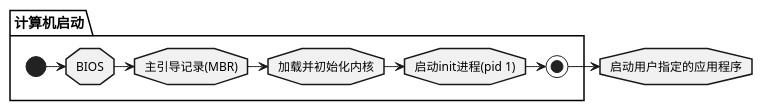
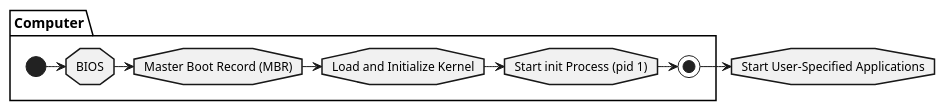
Before and after one commit to shabbywu/blog: the first of 2 diagrams in src/en/_posts/container/2021-04-01-How To Build Image-从 0 开始带你徒手构建 Docker 镜像.md, drawn with PlantUML. The commit also changed other lines of this file and 5 other files, not shown here.

````diff
--- a/src/en/_posts/container/2021-04-01-How To Build Image-从 0 开始带你徒手构建 Docker 镜像.md
+++ b/src/en/_posts/container/2021-04-01-How To Build Image-从 0 开始带你徒手构建 Docker 镜像.md
@@ -112,14 +116,13 @@
 ```plantuml
 @startuml
 skinparam activityShape octagon
-partition 计算机启动 {
+partition Computer Boot {
 (*) -> BIOS 
--> "主引导记录(MBR)"
--> 加载并初始化内核
--> "启动init进程(pid 1)"
+-> "Master Boot Record (MBR)"
+-> Load and Initialize Kernel
+-> "Start init Process (pid 1)"
 -> (*)
 }
--> 启动用户指定的应用程序
-
+-> Start User-Specified Applications
 @enduml
 ```
````
